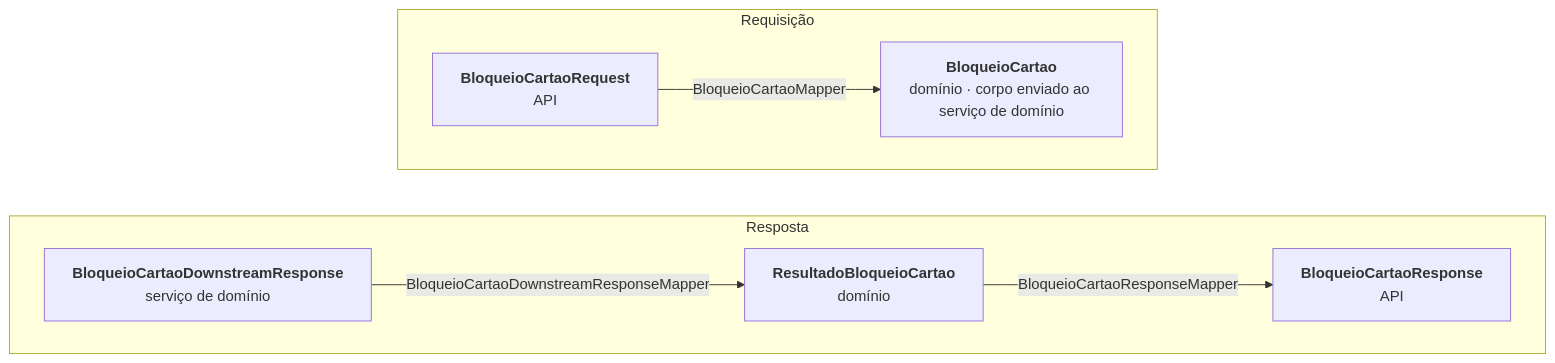
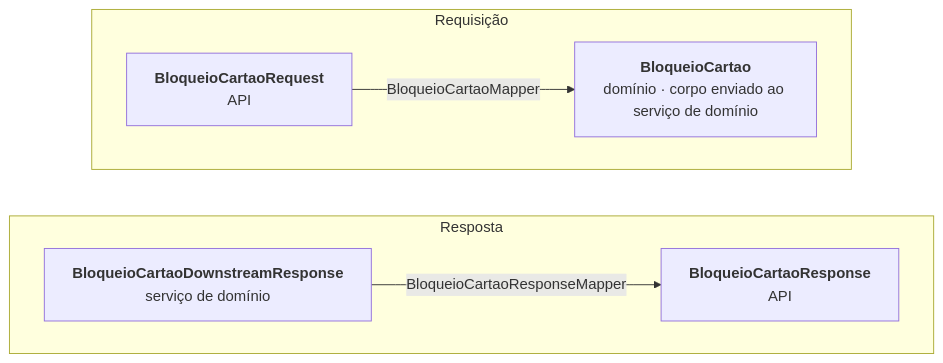
The second of 2 diagrams in README.md (luanvs-ciant/bradesco), drawn with Mermaid before and after one commit. The commit also changed other lines of this file, not shown here.

Commit message:
refactor: update README to reflect changes in response mapping and remove obsolete domain model references

````diff
--- a/README.md
+++ b/README.md
@@ -70,20 +70,18 @@
 ```mermaid
 flowchart TB
     subgraph ida["Requisição"]
         direction LR
         req["<b>BloqueioCartaoRequest</b><br/>API"]
         model["<b>BloqueioCartao</b><br/>domínio · corpo enviado ao serviço de domínio"]
         req -- "BloqueioCartaoMapper" --> model
     end
 
     subgraph volta["Resposta"]
         direction LR
         res["<b>BloqueioCartaoResponse</b><br/>API"]
-        result["<b>ResultadoBloqueioCartao</b><br/>domínio"]
         dres["<b>BloqueioCartaoDownstreamResponse</b><br/>serviço de domínio"]
-        dres -- "BloqueioCartaoDownstreamResponseMapper" --> result
-        result -- "BloqueioCartaoResponseMapper" --> res
+        dres -- "BloqueioCartaoResponseMapper" --> res
     end
 
     ida ~~~ volta
 ```
````
